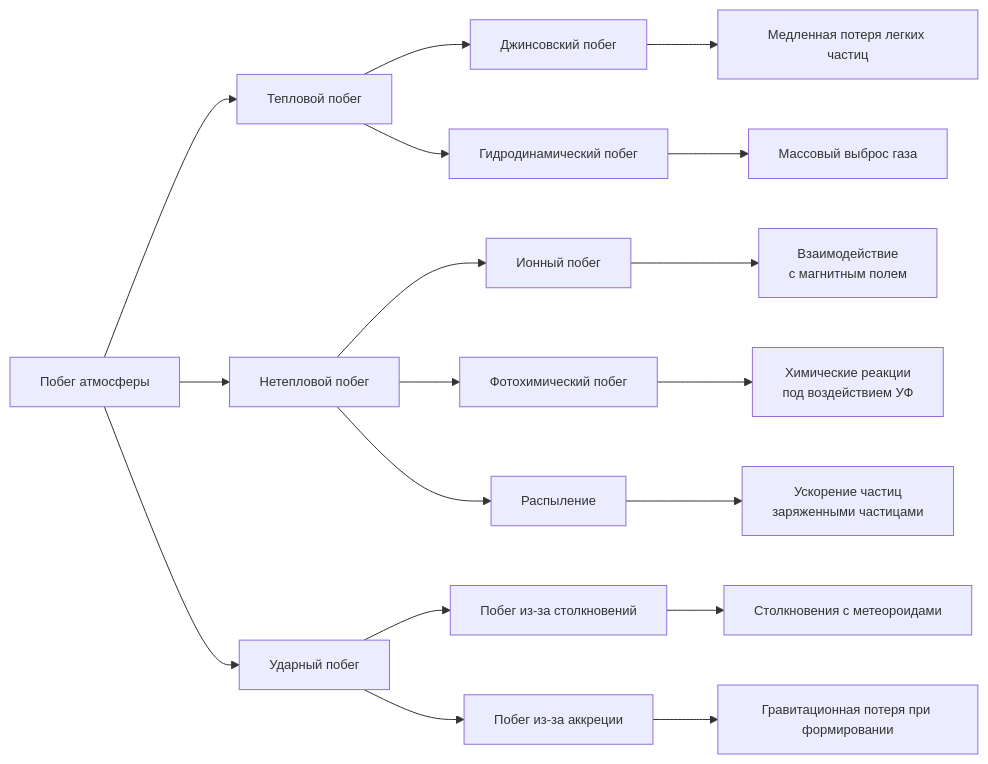
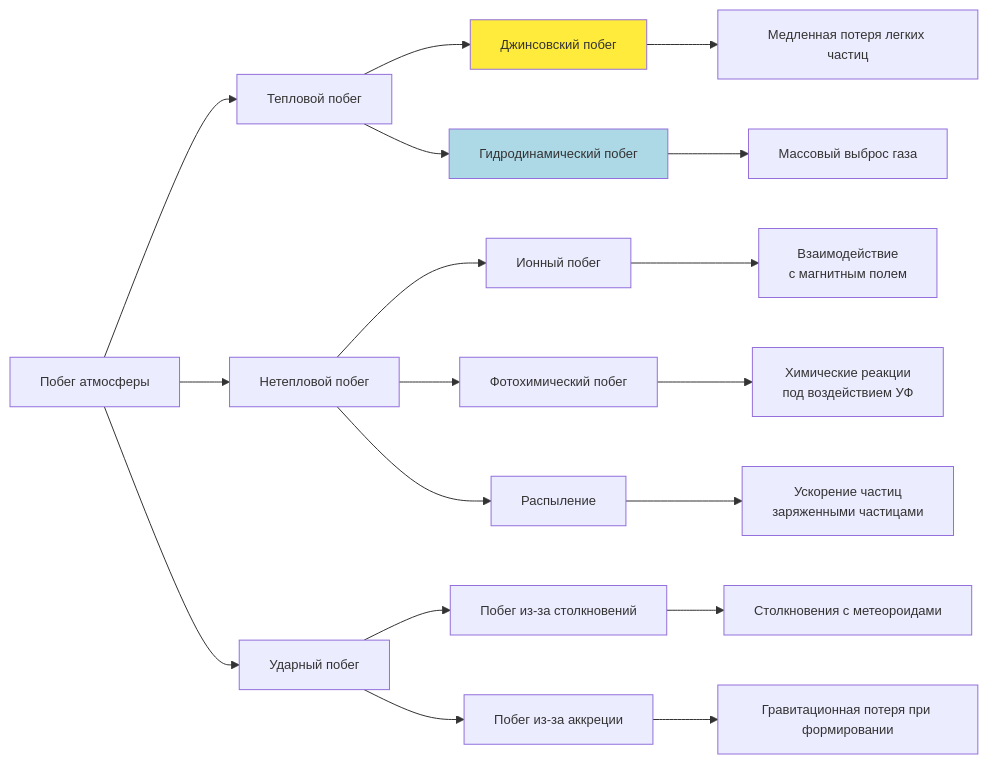
The first of 2 diagrams in notes/общие-соображения.md (arthur-fomin/atmoescape), drawn with Mermaid before and after one commit.

Commit message:
2025-06-Jun 16, 2025-21-31-40

````diff
--- a/notes/общие-соображения.md
+++ b/notes/общие-соображения.md
@@ -19,29 +19,32 @@
 ```mermaid
 %%{init: {'themeVariables': {
     'fontSize': '13px'
 }}}%%
 graph LR
     A[Побег атмосферы] --> B[Тепловой побег]
     A --> C[Нетепловой побег]
     A --> D[Ударный побег]
 
-    B --> B1[Джинсовский побег]
-    B --> B2["Гидродинамический побег"]
+    B --> B1[Джинсовский побег]:::рассмотрели
+    B --> B2["Гидродинамический побег"]:::попробовали
 
     C --> C1[Ионный побег]
     C --> C2[Фотохимический побег]
     C --> C3[Распыление]
 
     D --> D1[Побег из-за столкновений]
     D --> D2[Побег из-за аккреции]
 
     B1 --> B1a[Медленная потеря легких частиц]
     B2 --> B2a[Массовый выброс газа]
 
     C1 --> C1a[Взаимодействие <br> с магнитным полем]
     C2 --> C2a[Химические реакции <br> под воздействием УФ]
     C3 --> C3a[Ускорение частиц <br> заряженными частицами]
 
     D1 --> D1a[Столкновения с метеороидами]
     D2 --> D2a[Гравитационная потеря при формировании]
+
+classDef рассмотрели fill:#ffeb3b;
+classDef попробовали fill:lightblue;
 ```
````
